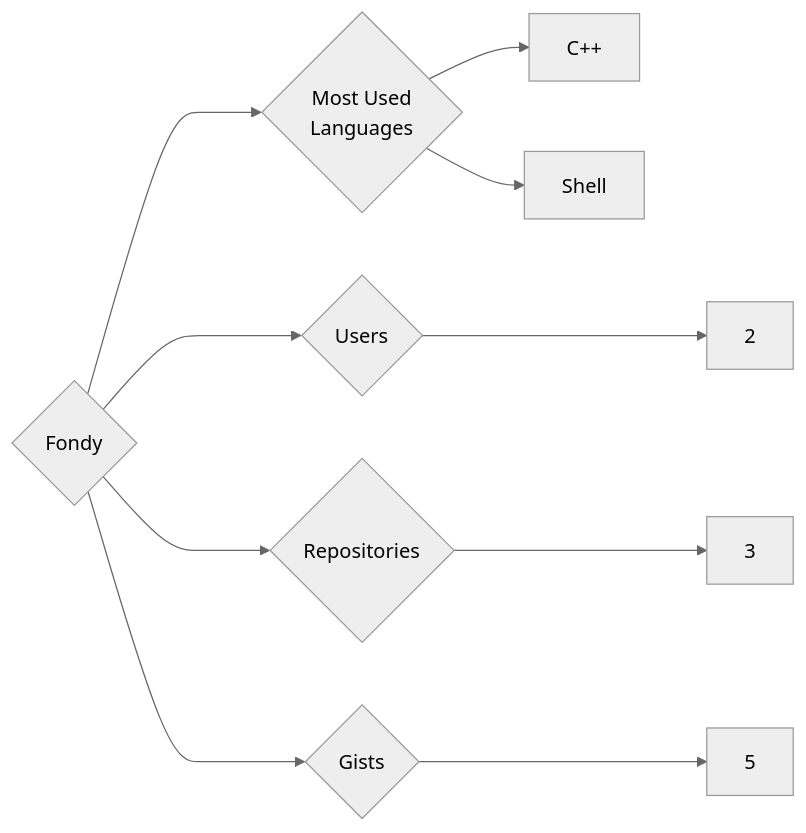
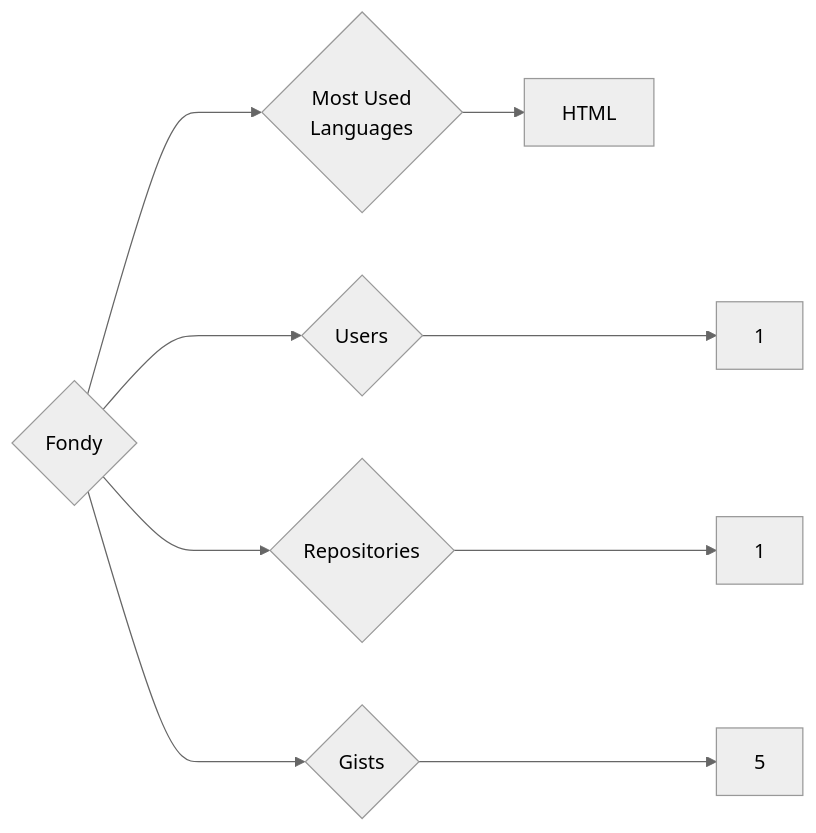
One commit to trickest/insiders changed the diagram in targets/Fondy/README.md. Above: the diagram before and after it, drawn with Mermaid (neutral theme). The commit also changed 1141 other files, not shown here.

````diff
--- a/targets/Fondy/README.md
+++ b/targets/Fondy/README.md
@@ -3,10 +3,9 @@
 ```mermaid
 graph LR
 COMPANY_NAME{Fondy}
-COMPANY_NAME ---> U{Users} ---> UN[2]
-COMPANY_NAME ---> R{Repositories} ---> RN[3]
+COMPANY_NAME ---> U{Users} ---> UN[1]
+COMPANY_NAME ---> R{Repositories} ---> RN[1]
 COMPANY_NAME ---> G{Gists} ---> GN[5]
 COMPANY_NAME ---> ML{Most Used<br>Languages}
-ML --> C++[C++]
-ML --> Shell[Shell]
+ML --> HTML[HTML]
 ```
````
